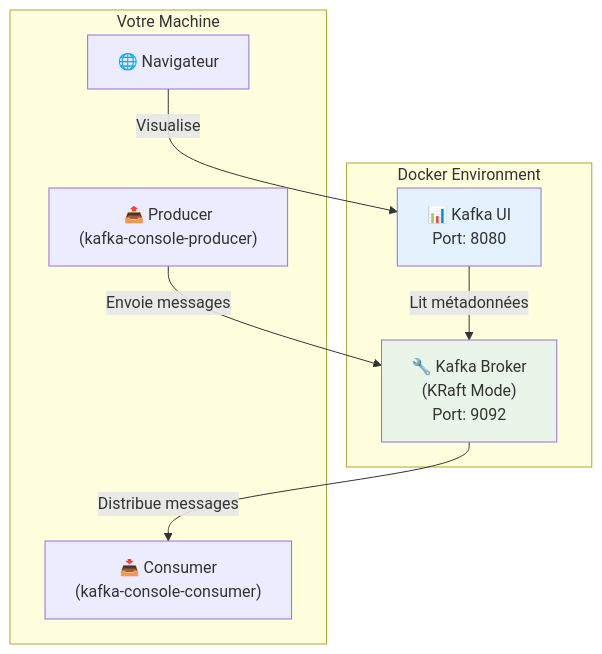
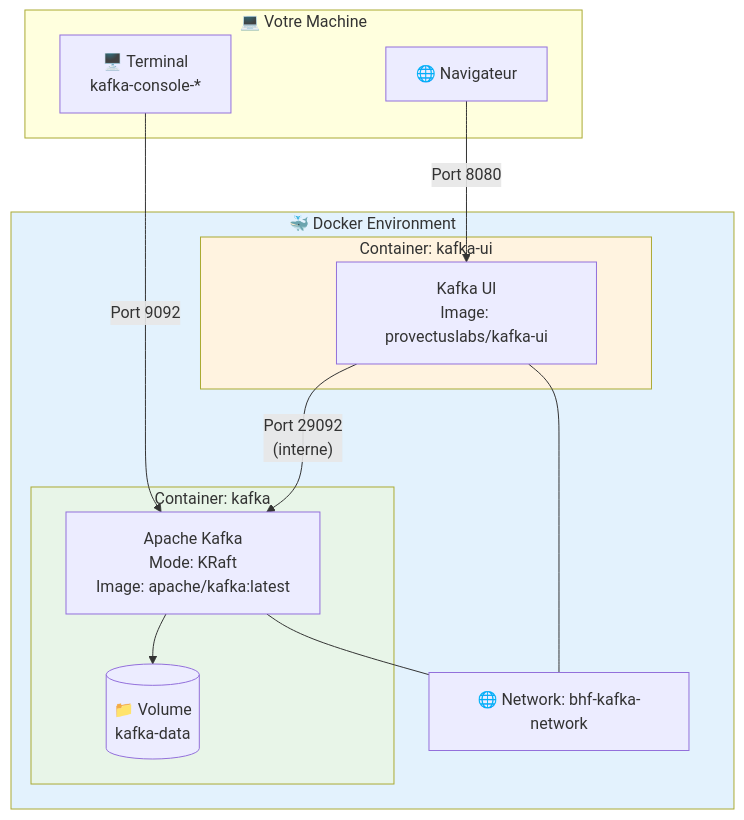
The tenth of 10 diagrams in formation-v2/day-01-foundations/module-01-cluster/README.md (msellamiTN/kafka-bhf), drawn with Mermaid before and after one commit. The commit also changed other lines of this file and 2 other files, not shown here.

Commit message:
Add comprehensive theoretical content with diagrams to all modules

````diff
--- a/formation-v2/day-01-foundations/module-01-cluster/README.md
+++ b/formation-v2/day-01-foundations/module-01-cluster/README.md
@@ -42,21 +297,32 @@
 ```mermaid
 flowchart TB
-    subgraph Docker["Docker Environment"]
-        K["🔧 Kafka Broker<br/>(KRaft Mode)<br/>Port: 9092"]
-        UI["📊 Kafka UI<br/>Port: 8080"]
+    subgraph Docker["🐳 Docker Environment"]
+        subgraph KafkaContainer["Container: kafka"]
+            KB["Apache Kafka<br/>Mode: KRaft<br/>Image: apache/kafka:latest"]
+            KData[("📁 Volume<br/>kafka-data")]
+        end
+        
+        subgraph UIContainer["Container: kafka-ui"]
+            UI["Kafka UI<br/>Image: provectuslabs/kafka-ui"]
+        end
+        
+        Network["🌐 Network: bhf-kafka-network"]
     end
     
-    subgraph Client["Votre Machine"]
-        P["📤 Producer<br/>(kafka-console-producer)"]
-        C["📥 Consumer<br/>(kafka-console-consumer)"]
+    subgraph Host["💻 Votre Machine"]
+        Terminal["🖥️ Terminal<br/>kafka-console-*"]
         Browser["🌐 Navigateur"]
     end
     
-    P -->|"Envoie messages"| K
-    K -->|"Distribue messages"| C
-    Browser -->|"Visualise"| UI
-    UI -->|"Lit métadonnées"| K
+    Terminal -->|"Port 9092"| KB
+    Browser -->|"Port 8080"| UI
+    UI -->|"Port 29092<br/>(interne)"| KB
+    KB --> KData
     
-    style K fill:#e8f5e8
-    style UI fill:#e3f2fd
+    KB --- Network
+    UI --- Network
+    
+    style Docker fill:#e3f2fd
+    style KafkaContainer fill:#e8f5e8
+    style UIContainer fill:#fff3e0
 ```
````
